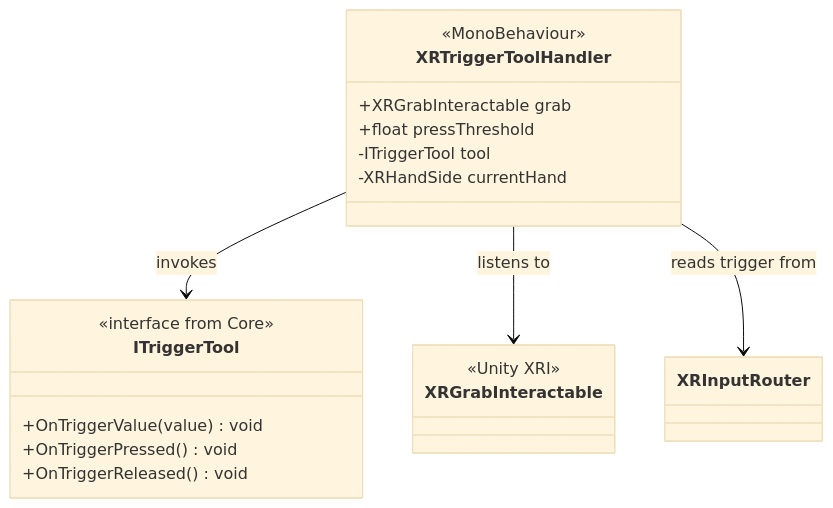
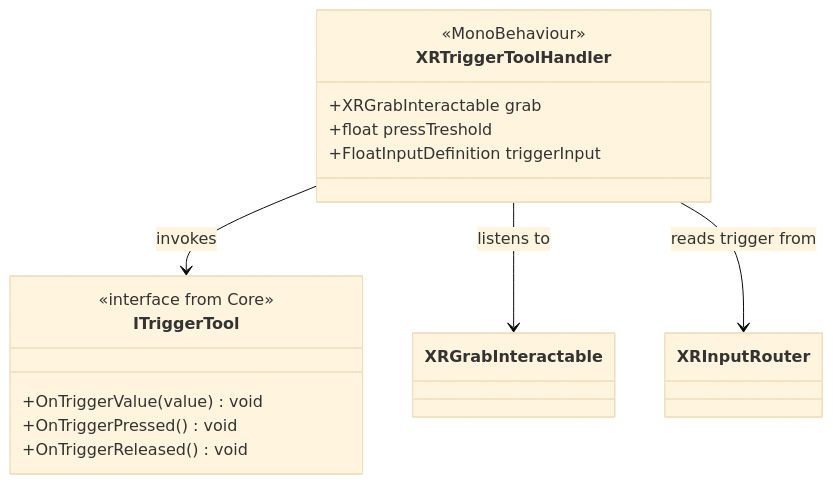
The diagram in Documentation/Tools.md (Louis27140/XR-Interactions), drawn with Mermaid (base theme) before and after one commit. The commit also changed other lines of this file and 31 other files, not shown here.

````diff
--- a/Documentation/Tools.md
+++ b/Documentation/Tools.md
@@ -7,25 +9,20 @@
 ```mermaid
 classDiagram
     class XRTriggerToolHandler {
         <<MonoBehaviour>>
         +XRGrabInteractable grab
-        +float pressThreshold
-        -ITriggerTool tool
-        -XRHandSide currentHand
+        +float pressTreshold
+        +FloatInputDefinition triggerInput
     }
-    
+
     class ITriggerTool {
         <<interface from Core>>
         +OnTriggerValue(value) void
         +OnTriggerPressed() void
         +OnTriggerReleased() void
     }
-    
-    class XRGrabInteractable {
-        <<Unity XRI>>
-    }
-    
+
     XRTriggerToolHandler --> ITriggerTool : invokes
     XRTriggerToolHandler --> XRGrabInteractable : listens to
     XRTriggerToolHandler --> XRInputRouter : reads trigger from
 ```
````
